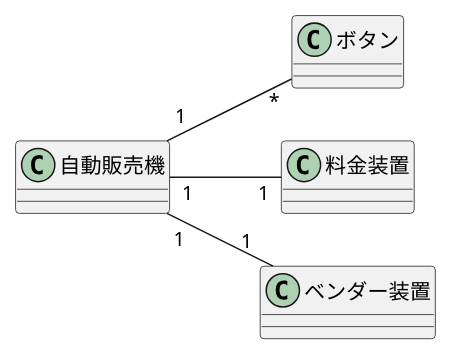
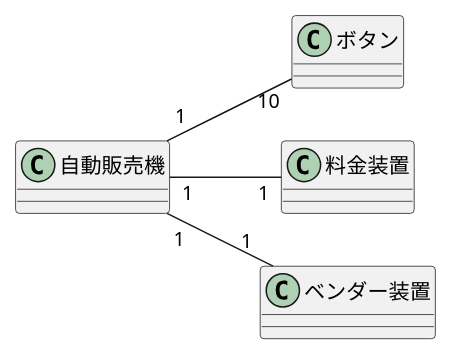
One commit to yoshiokaharuto/uml-introduction changed the diagram in 演習6-4-1_クラス図_自動販売機.pu. Above: the diagram before and after it, drawn with PlantUML.

Commit message:
演習6-4-1の作成

```diff
--- a/演習6-4-1_クラス図_自動販売機.pu
+++ b/演習6-4-1_クラス図_自動販売機.pu
@@ -1,17 +1,17 @@
 @startuml 演6-4-1_クラス図_自動販売機
 
     left to right direction
     
     class 自動販売機 {}
     class ボタン{}
     class 料金装置{}
     class ベンダー装置{}
 
-    自動販売機 "1"--"*" ボタン
+    自動販売機 "1"--"10" ボタン
     自動販売機 "1"-- "1"  料金装置
     自動販売機 "1"--"1" ベンダー装置
 
 
 
 
 @enduml
```
